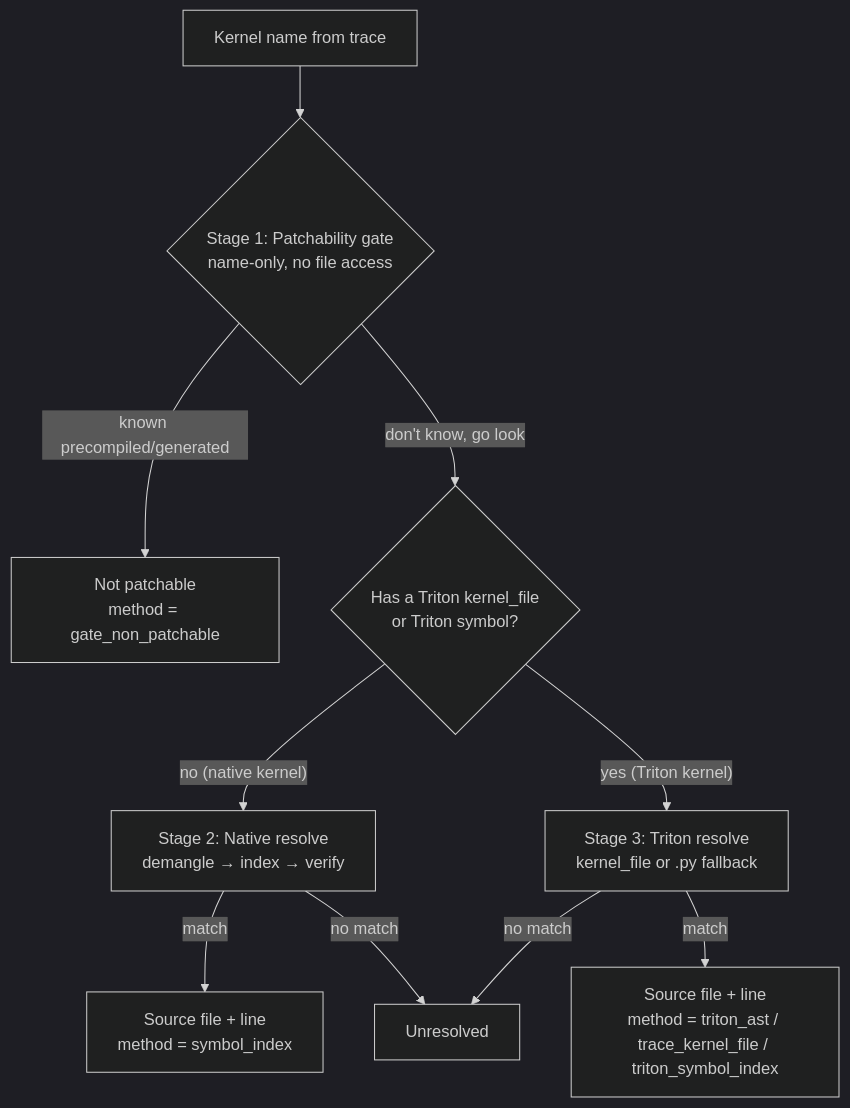
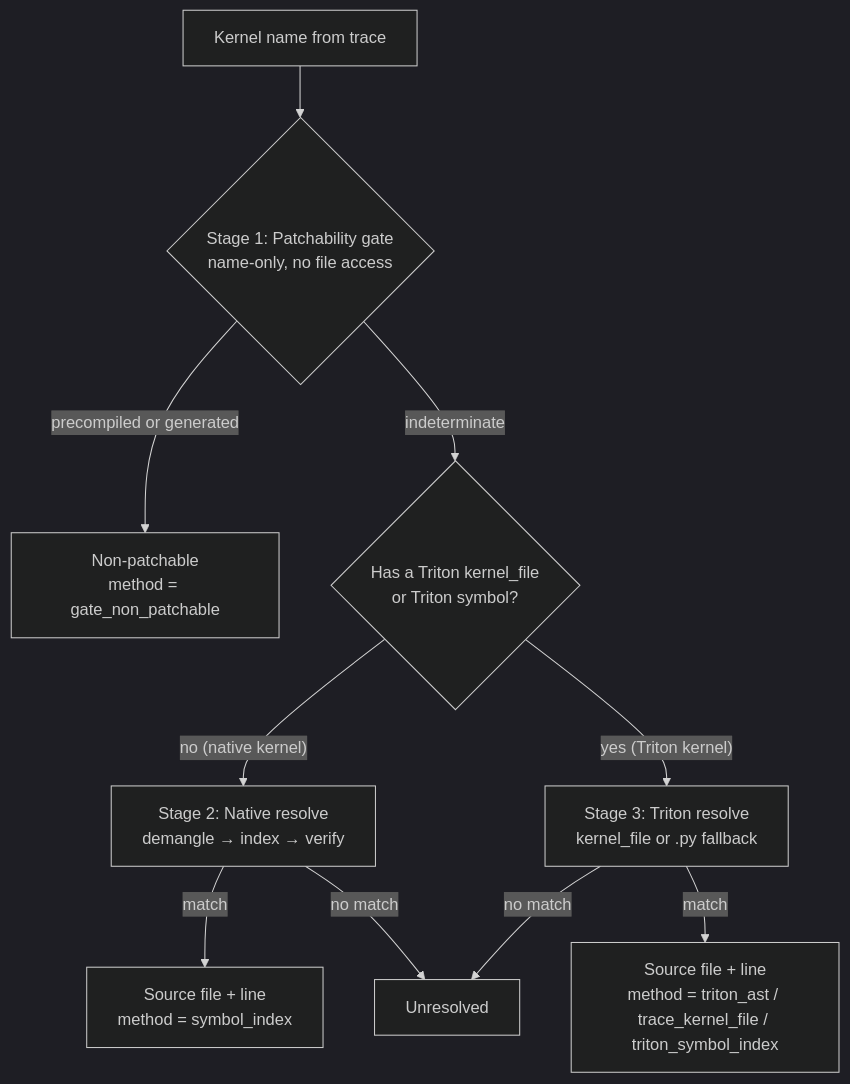
The diagram in docs/how-to/map-kernel-source.md (AMD-AGI/TraceLens), drawn with Mermaid (dark theme) before and after one commit. The commit also changed other lines of this file, not shown here.

First line of the commit message:
docs(kernel-source): address review feedback on kernel source mapping page

````diff
--- a/docs/how-to/map-kernel-source.md
+++ b/docs/how-to/map-kernel-source.md
@@ -43,12 +46,12 @@
 ```mermaid
 flowchart TD
     A[Kernel name from trace] --> B{Stage 1: Patchability gate<br/>name-only, no file access}
-    B -- "known precompiled/generated" --> X[Not patchable<br/>method = gate_non_patchable]
-    B -- "don't know, go look" --> C{Has a Triton kernel_file<br/>or Triton symbol?}
+    B -- "precompiled or generated" --> X[Non-patchable<br/>method = gate_non_patchable]
+    B -- "indeterminate" --> C{Has a Triton kernel_file<br/>or Triton symbol?}
     C -- "no (native kernel)" --> D[Stage 2: Native resolve<br/>demangle → index → verify]
     C -- "yes (Triton kernel)" --> E[Stage 3: Triton resolve<br/>kernel_file or .py fallback]
     D -- "match" --> F[Source file + line<br/>method = symbol_index]
     D -- "no match" --> G[Unresolved]
     E -- "match" --> H[Source file + line<br/>method = triton_ast / trace_kernel_file / triton_symbol_index]
     E -- "no match" --> G
 ```
````
